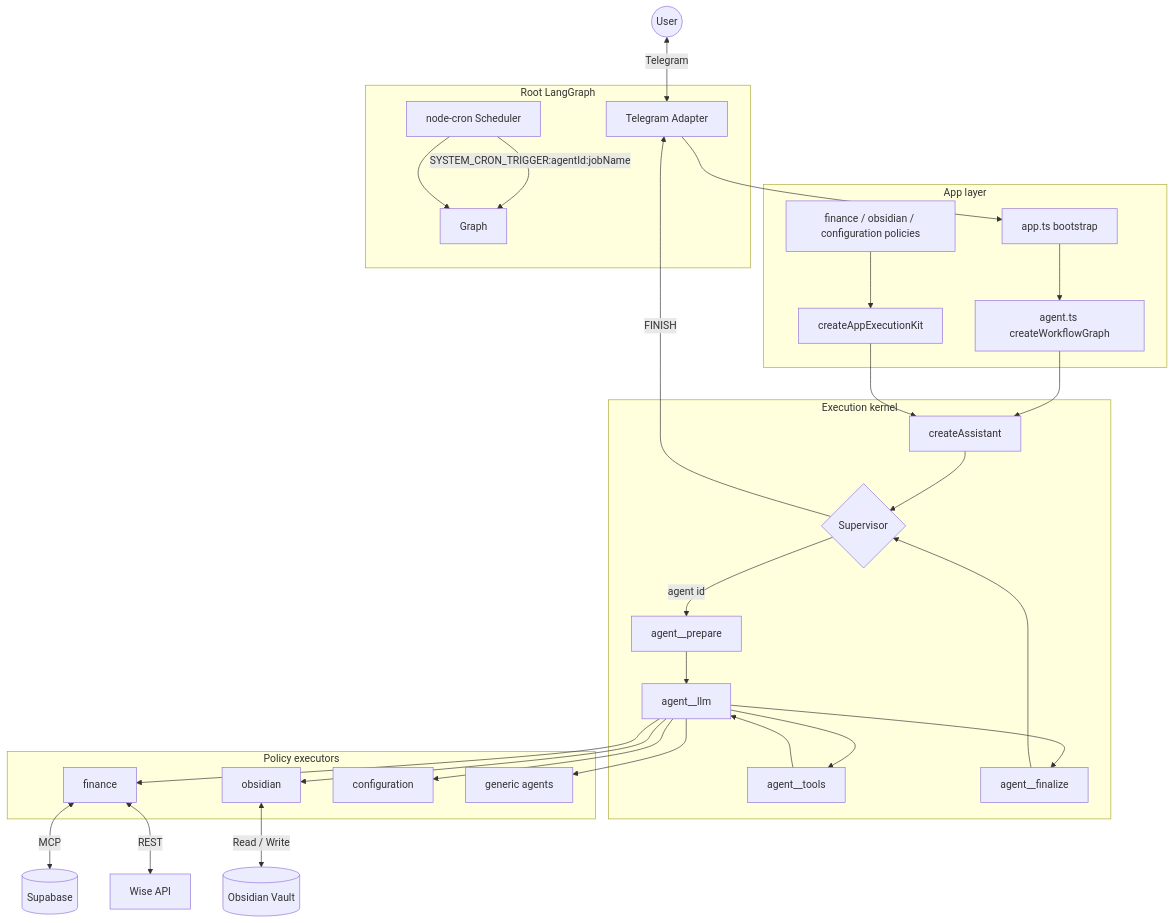
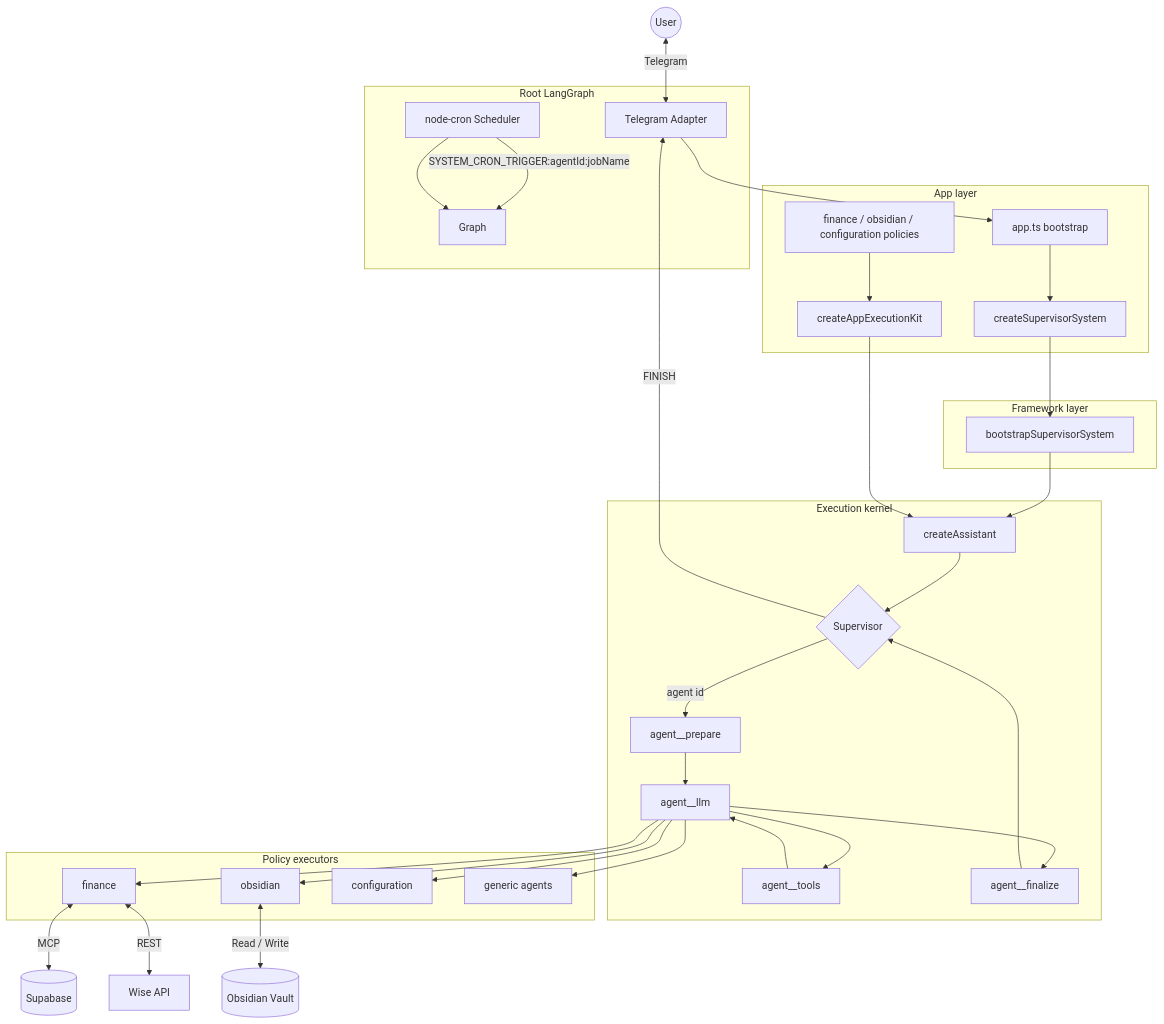
Before and after one commit to slnnzmtl/langgraph-personal-assistant: the diagram in README.md, drawn with Mermaid. The commit also changed other lines of this file and 245 other files, not shown here.

Commit message:
refactor: restructure project into a pnpm workspace, create personal-assistant app with Docker support, and update package configurations for improved modularity and clarity

````diff
--- a/README.md
+++ b/README.md
@@ -9,48 +9,52 @@
 ```mermaid
 graph TD
     User((User)) <-->|Telegram| Adapter[Telegram Adapter]
     Cron[node-cron Scheduler] -->|SYSTEM_CRON_TRIGGER:agentId:jobName| Graph
 
     subgraph AppLayer [App layer]
         AppTS[app.ts bootstrap]
-        AgentTS[agent.ts createWorkflowGraph]
+        PersonalPack[createSupervisorSystem]
         AppKit[createAppExecutionKit]
         AppPolicies[finance / obsidian / configuration policies]
+    end
+
+    subgraph FrameworkLayer [Framework layer]
+        Bootstrap[bootstrapSupervisorSystem]
     end
 
     subgraph CoreKernel [Execution kernel]
         CreateAssistant[createAssistant]
         Supervisor{Supervisor}
         Prepare["agent__prepare"]
         Llm["agent__llm"]
         Tools["agent__tools"]
         Finalize["agent__finalize"]
     end
 
     subgraph RootGraph [Root LangGraph]
-        Adapter --> AppTS --> AgentTS --> CreateAssistant
+        Adapter --> AppTS --> PersonalPack --> Bootstrap --> CreateAssistant
         CreateAssistant --> Supervisor
         Supervisor -->|agent id| Prepare
         Prepare --> Llm
         Llm --> Tools
         Tools --> Llm
         Llm --> Finalize
         Finalize --> Supervisor
         Supervisor -->|FINISH| Adapter
         Cron --> Graph
     end
 
     AppKit --> CreateAssistant
     AppPolicies --> AppKit
 
     subgraph RuntimePolicies [Policy executors]
         Llm --> FinancePolicy[finance]
         Llm --> ObsidianPolicy[obsidian]
         Llm --> ConfigurationPolicy[configuration]
         Llm --> GenericPolicy[generic agents]
     end
 
     FinancePolicy <-->|MCP| Supabase[(Supabase)]
     FinancePolicy <-->|REST| Wise[Wise API]
     ObsidianPolicy <-->|Read / Write| Vault[(Obsidian Vault)]
 ```
````
